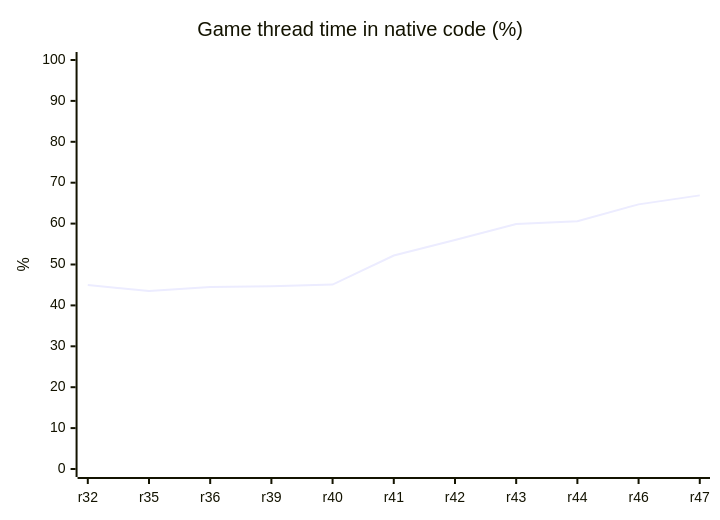
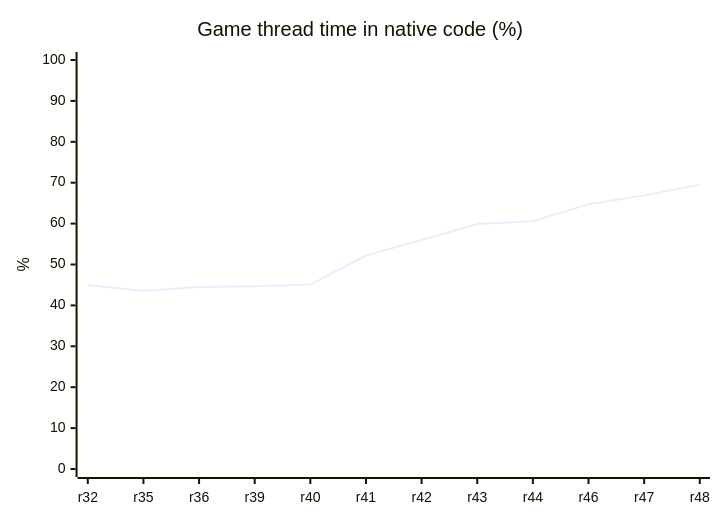
Before and after one commit to HenryKun55/celosia: the diagram in README.md, drawn with Mermaid. The commit also changed other lines of this file and 21 other files, not shown here.

````diff
--- a/README.md
+++ b/README.md
@@ -252,7 +253,7 @@
 ```mermaid
 xychart-beta
     title "Game thread time in native code (%)"
-    x-axis ["r32", "r35", "r36", "r39", "r40", "r41", "r42", "r43", "r44", "r46", "r47"]
+    x-axis ["r32", "r35", "r36", "r39", "r40", "r41", "r42", "r43", "r44", "r46", "r47", "r48"]
     y-axis "%" 0 --> 100
-    line [45.0, 43.5, 44.5, 44.7, 45.1, 52.2, 56.0, 59.9, 60.6, 64.7, 66.9]
+    line [45.0, 43.5, 44.5, 44.7, 45.1, 52.2, 56.0, 59.9, 60.6, 64.7, 66.9, 69.5]
 ```
````
